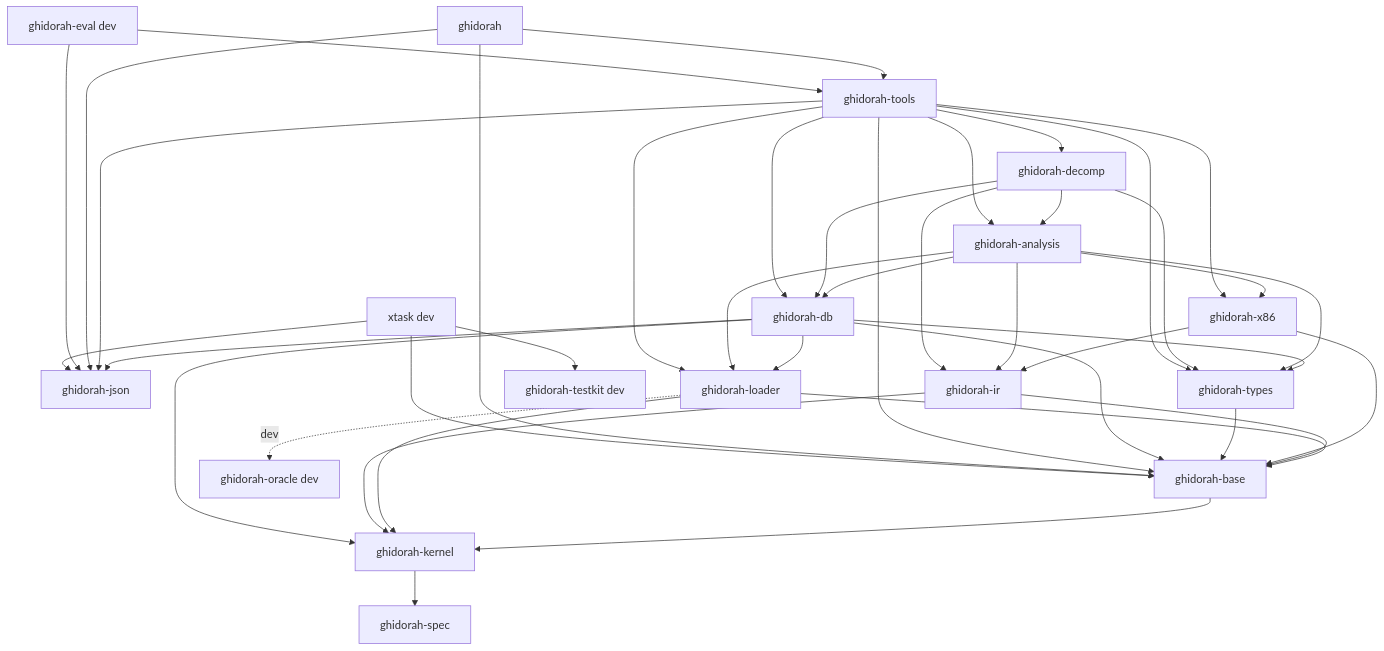
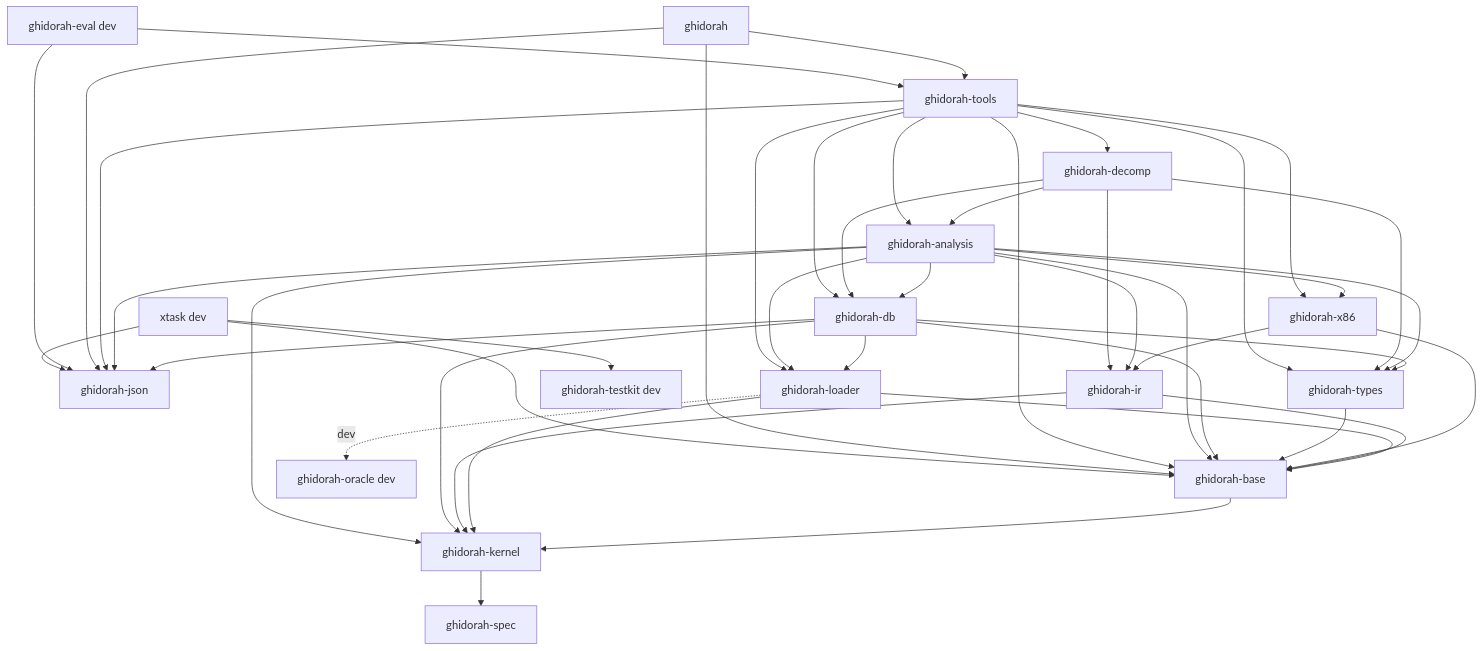
Before and after one commit to madmax983/ghidorah: the diagram in docs/architecture/crates.mmd, drawn with Mermaid. The commit also changed 40 other files, not shown here.

```diff
--- a/docs/architecture/crates.mmd
+++ b/docs/architecture/crates.mmd
@@ -1,60 +1,63 @@
 %% Generated by `cargo xtask deps`. Do not edit.
 graph TD
   spec[ghidorah-spec]
   kernel[ghidorah-kernel]
   base[ghidorah-base]
   json[ghidorah-json]
   loader[ghidorah-loader]
   x86[ghidorah-x86]
   ir[ghidorah-ir]
   types[ghidorah-types]
   db[ghidorah-db]
   analysis[ghidorah-analysis]
   decomp[ghidorah-decomp]
   tools[ghidorah-tools]
   cli[ghidorah]
   eval[ghidorah-eval dev]
   testkit[ghidorah-testkit dev]
   oracle[ghidorah-oracle dev]
   xtask[xtask dev]
   kernel --> spec
   base --> kernel
   loader --> base
   loader --> kernel
   ir --> base
   ir --> kernel
   x86 --> ir
   x86 --> base
   types --> base
   db --> base
   db --> kernel
   db --> json
   db --> loader
   db --> types
   analysis --> db
   analysis --> ir
   analysis --> x86
   analysis --> types
   analysis --> loader
+  analysis --> base
+  analysis --> kernel
+  analysis --> json
   decomp --> analysis
   decomp --> ir
   decomp --> db
   decomp --> types
   tools --> decomp
   tools --> analysis
   tools --> db
   tools --> x86
   tools --> types
   tools --> loader
   tools --> json
   tools --> base
   cli --> tools
   cli --> json
   cli --> base
   eval --> tools
   eval --> json
   xtask --> json
   xtask --> base
   xtask --> testkit
   loader -. dev .-> oracle
   %% Every package except testkit can take it as a dev-dependency.
```
